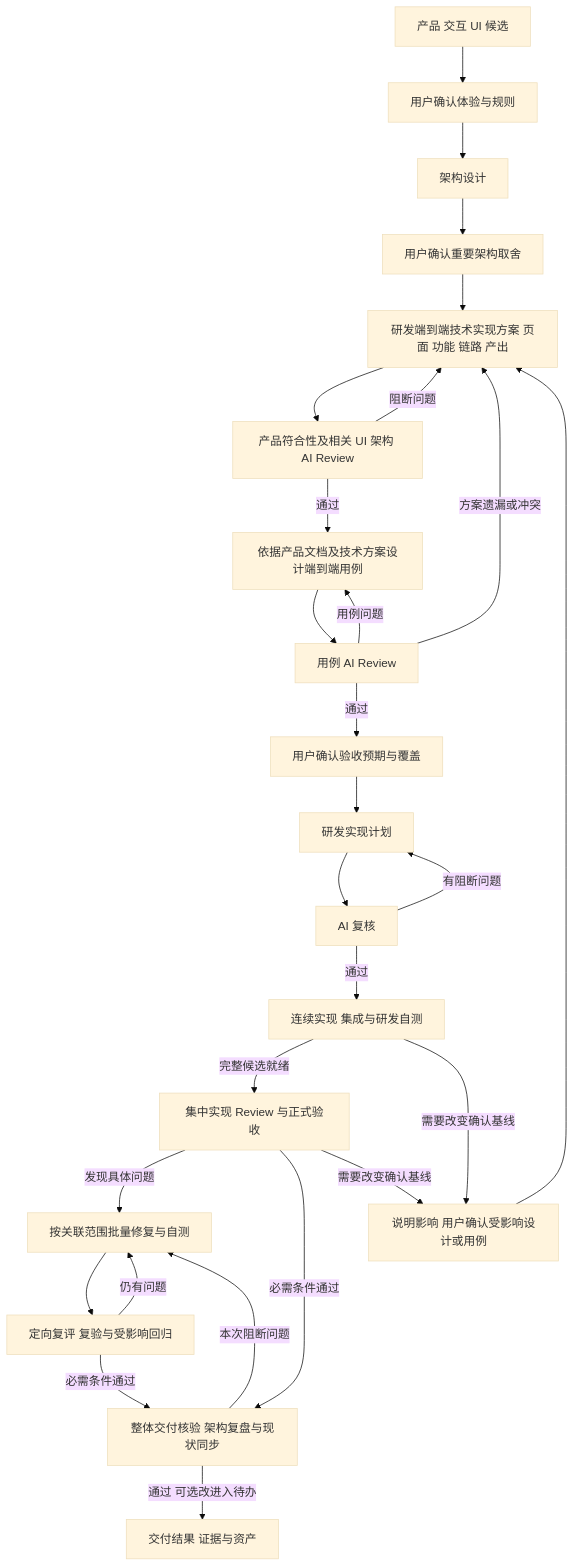
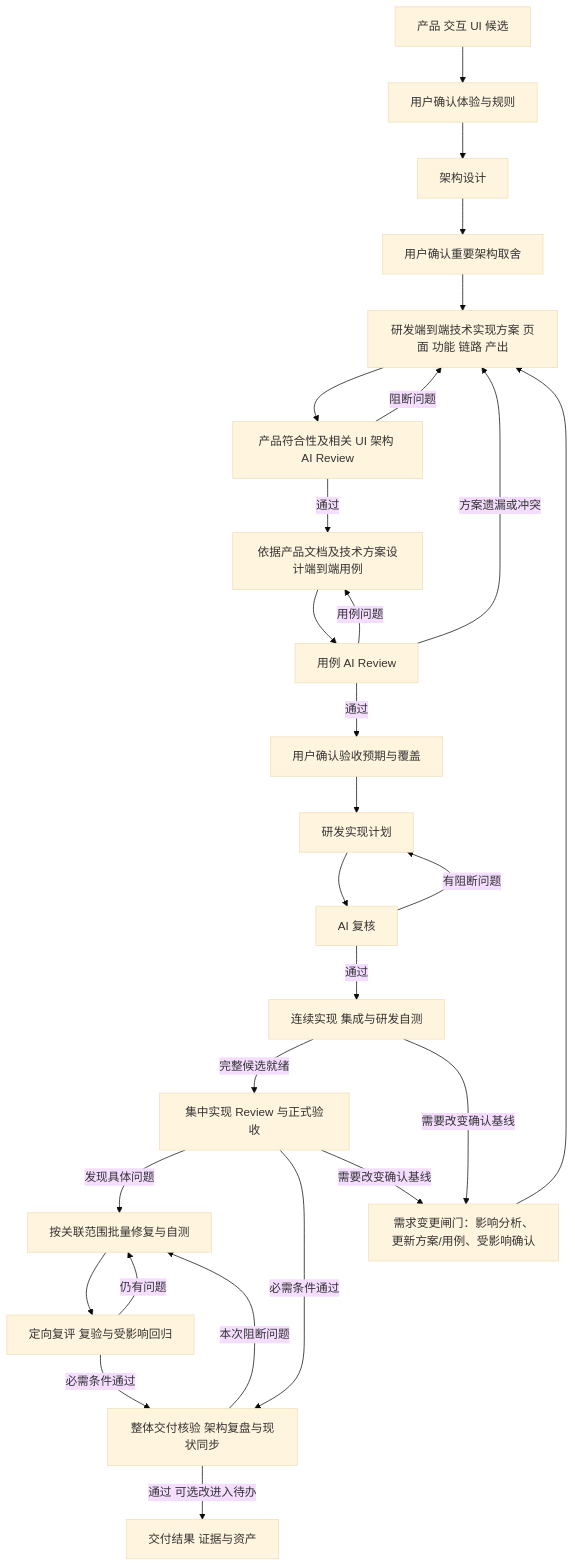
The diagram in skills/dev-flow/references/execution-contract.md (guoshencheng/dev-flow), drawn with Mermaid (base theme) before and after one commit. The commit also changed other lines of this file and 21 other files, not shown here.

````diff
--- a/skills/dev-flow/references/execution-contract.md
+++ b/skills/dev-flow/references/execution-contract.md
@@ -66,29 +82,29 @@
 ```mermaid
 flowchart TD
     A[产品 交互 UI 候选] --> B[用户确认体验与规则]
     B --> C[架构设计]
     C --> D[用户确认重要架构取舍]
     D --> P[研发端到端技术实现方案 页面 功能 链路 产出]
     P --> Q[产品符合性及相关 UI 架构 AI Review]
     Q -->|阻断问题| P
     Q -->|通过| E[依据产品文档及技术方案设计端到端用例]
     E --> R[用例 AI Review]
     R -->|用例问题| E
     R -->|方案遗漏或冲突| P
     R -->|通过| F[用户确认验收预期与覆盖]
     F --> G[研发实现计划]
     G --> H[AI 复核]
     H -->|有阻断问题| G
     H -->|通过| I[连续实现 集成与研发自测]
     I -->|完整候选就绪| J[集中实现 Review 与正式验收]
     J -->|发现具体问题| K[按关联范围批量修复与自测]
     K --> L[定向复评 复验与受影响回归]
     L -->|仍有问题| K
     J -->|必需条件通过| O[整体交付核验 架构复盘与现状同步]
     L -->|必需条件通过| O
     O -->|本次阻断问题| K
     O -->|通过 可选改进入待办| M[交付结果 证据与资产]
-    I -->|需要改变确认基线| N[说明影响 用户确认受影响设计或用例]
+    I -->|需要改变确认基线| N[需求变更闸门：影响分析、更新方案/用例、受影响确认]
     J -->|需要改变确认基线| N
     N --> P
 ```
````
